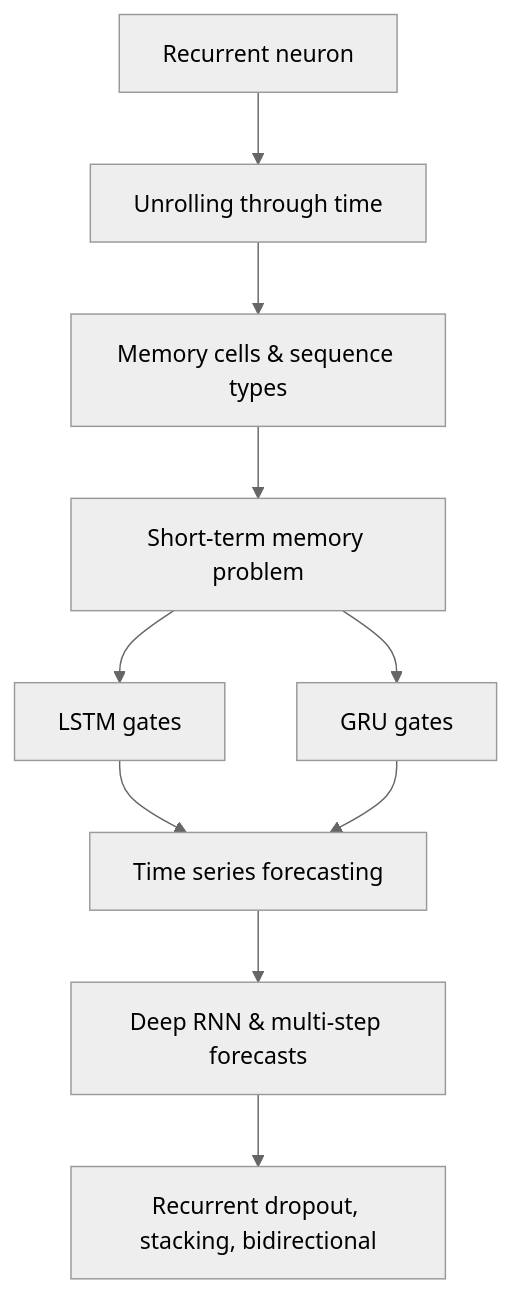
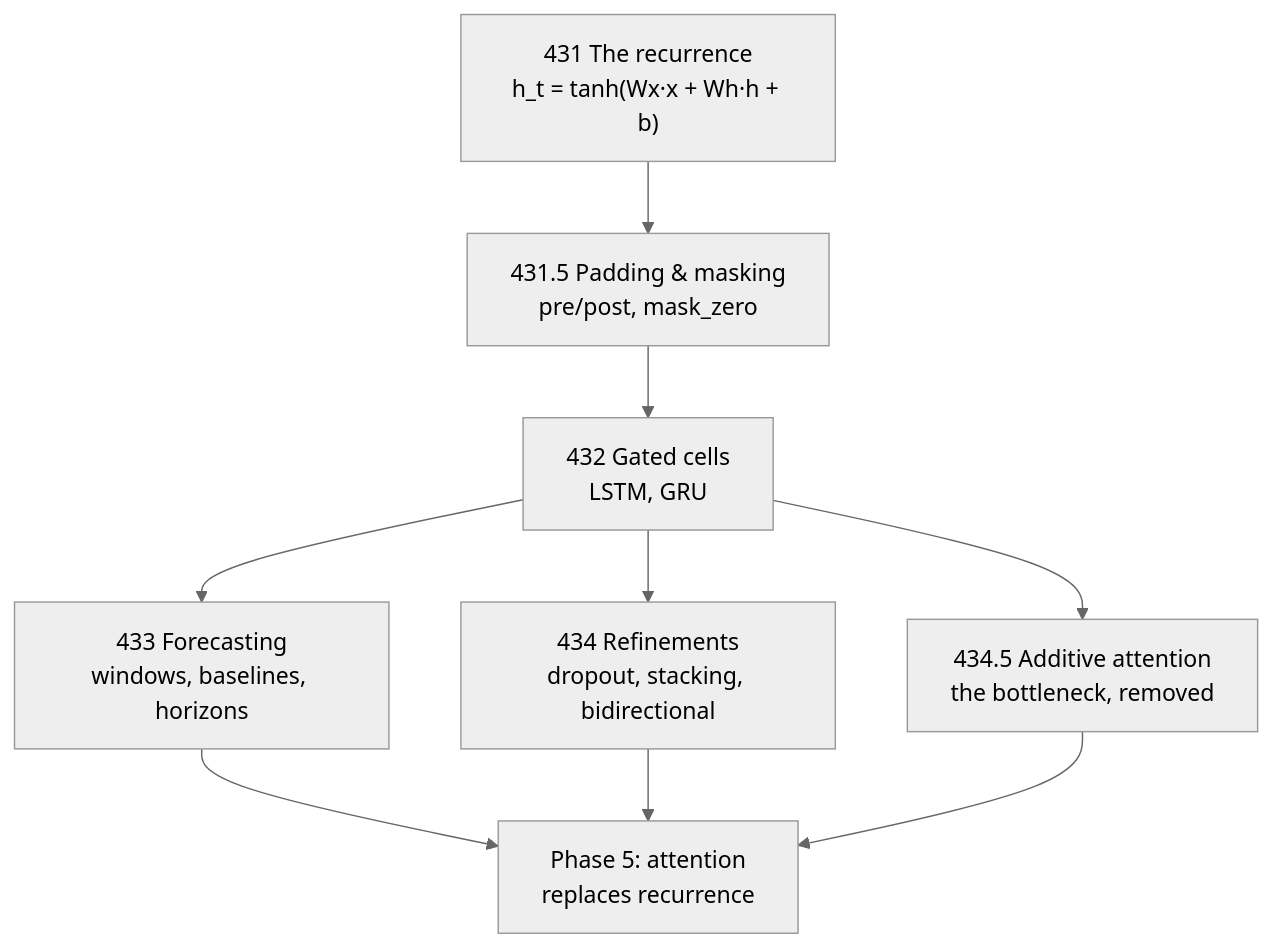
One commit to Ravikisha/PythonCentralHub changed the diagram in src/content/docs/Deep Learning/Phase 04 - Sequence Models with RNNs/Phase 4 - Sequence Models with RNNs.mdx. Above: the diagram before and after it, drawn with Mermaid (neutral theme). The commit also changed other lines of this file and 626 other files, not shown here.

````diff
--- a/src/content/docs/Deep Learning/Phase 04 - Sequence Models with RNNs/Phase 4 - Sequence Models with RNNs.mdx
+++ b/src/content/docs/Deep Learning/Phase 04 - Sequence Models with RNNs/Phase 4 - Sequence Models with RNNs.mdx
@@ -37,12 +34,11 @@
 ```mermaid
 flowchart TD
-  A["Recurrent neuron"] --> B["Unrolling through time"]
-  B --> C["Memory cells & sequence types"]
-  C --> D["Short-term memory problem"]
-  D --> E["LSTM gates"]
-  D --> F["GRU gates"]
-  E --> G["Time series forecasting"]
-  F --> G
-  G --> H["Deep RNN & multi-step forecasts"]
-  H --> I["Recurrent dropout, stacking, bidirectional"]
+  A["431 The recurrence<br/>h_t = tanh(Wx·x + Wh·h + b)"] --> B["431.5 Padding & masking<br/>pre/post, mask_zero"]
+  B --> C["432 Gated cells<br/>LSTM, GRU"]
+  C --> D["433 Forecasting<br/>windows, baselines, horizons"]
+  C --> E["434 Refinements<br/>dropout, stacking, bidirectional"]
+  C --> G["434.5 Additive attention<br/>the bottleneck, removed"]
+  D --> F["Phase 5: attention<br/>replaces recurrence"]
+  E --> F
+  G --> F
 ```
````
